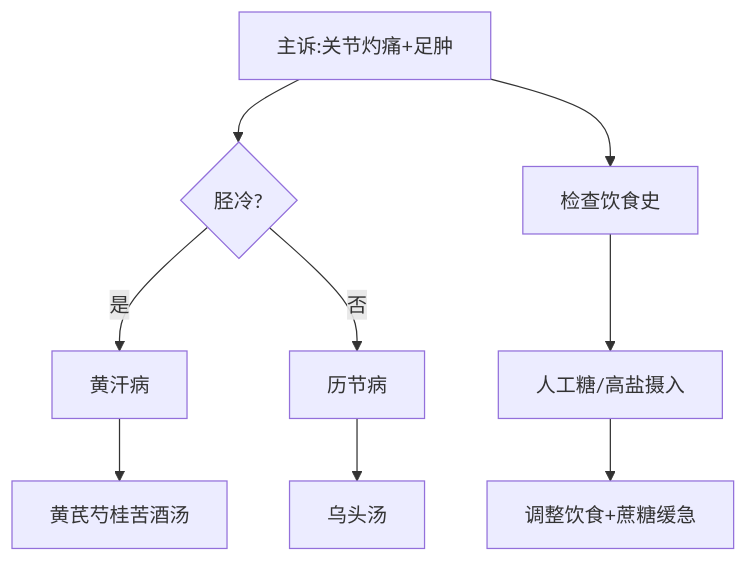
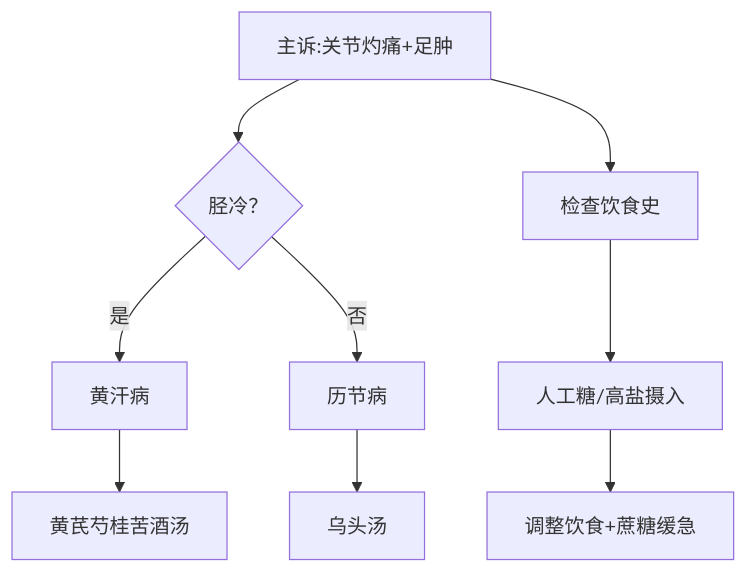
One commit to acuherb/acuherb.github.io changed the second of 2 diagrams in posts/jingui-05/index.md. Above: the diagram before and after it, drawn with Mermaid. The commit also changed other lines of this file and 697 other files, not shown here.

````diff
--- a/posts/jingui-05/index.md
+++ b/posts/jingui-05/index.md
@@ -928,11 +928,11 @@
 ```mermaid
 graph TD
-A[主诉:关节灼痛+足肿] --> B{胫冷?}
+A[主诉:关节灼痛+足肿] --> B{胫冷？}
 B -->|是| C[黄汗病]
 B -->|否| D[历节病]
 D --> E[乌头汤]
 C --> F[黄芪芍桂苦酒汤]
 A --> G[检查饮食史]
 G --> H[人工糖/高盐摄入]
 H --> I[调整饮食+蔗糖缓急]
 ```
````
